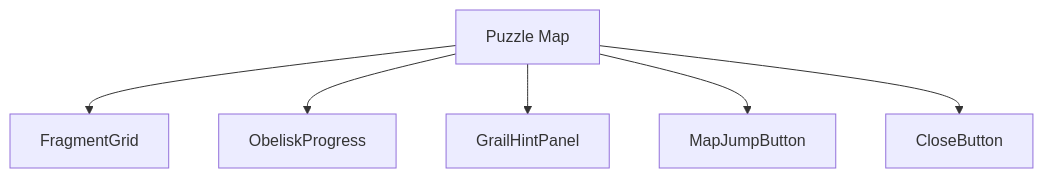
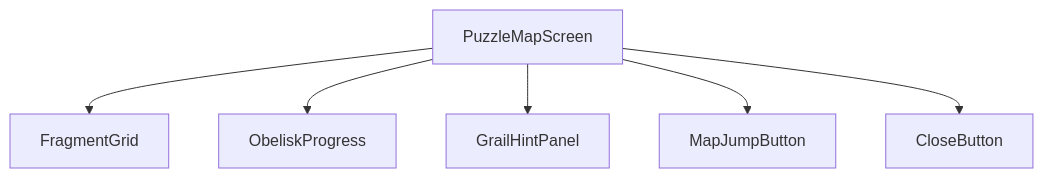
The first of 5 diagrams in docs/architecture/wiki/screens/10-puzzle-map/architecture.md (SunaNoOshiro/Heroes_Reforged_AI_Realms), drawn with Mermaid before and after one commit. The commit also changed other lines of this file and 518 other files, not shown here.

First line of the commit message:
Add doc-audit skill and sweep architecture/screen docs

````diff
--- a/docs/architecture/wiki/screens/10-puzzle-map/architecture.md
+++ b/docs/architecture/wiki/screens/10-puzzle-map/architecture.md
@@ -16,14 +27,9 @@
 ```mermaid
 flowchart TD
-  Root["Puzzle Map"]
-  C0["FragmentGrid"]
-  Root --> C0
-  C1["ObeliskProgress"]
-  Root --> C1
-  C2["GrailHintPanel"]
-  Root --> C2
-  C3["MapJumpButton"]
-  Root --> C3
-  C4["CloseButton"]
-  Root --> C4
+  Root["PuzzleMapScreen"]
+  Root --> C0["FragmentGrid"]
+  Root --> C1["ObeliskProgress"]
+  Root --> C2["GrailHintPanel"]
+  Root --> C3["MapJumpButton"]
+  Root --> C4["CloseButton"]
 ```
````
